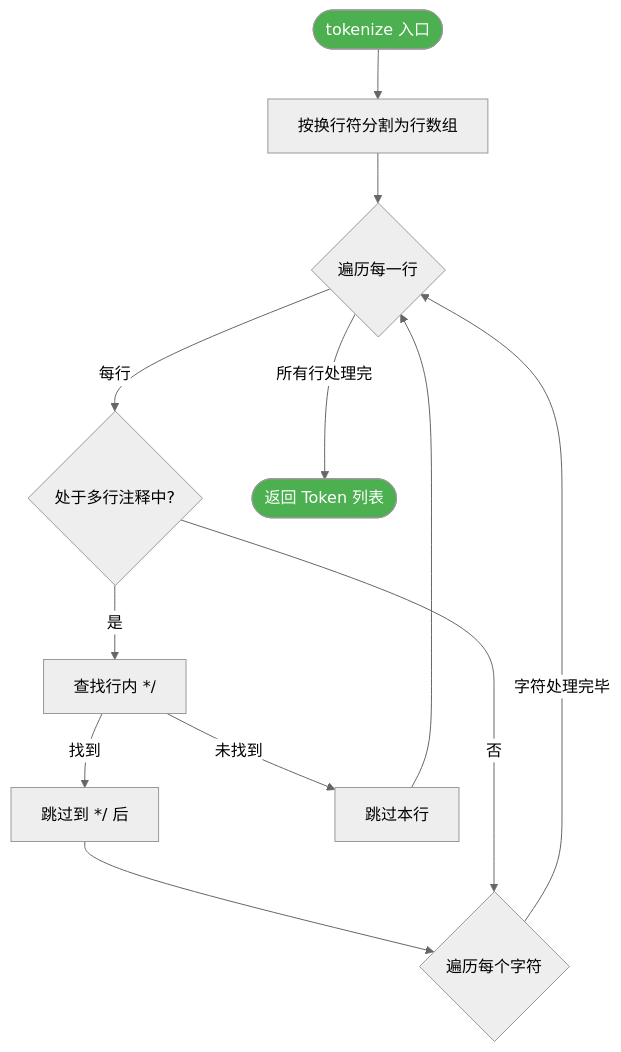
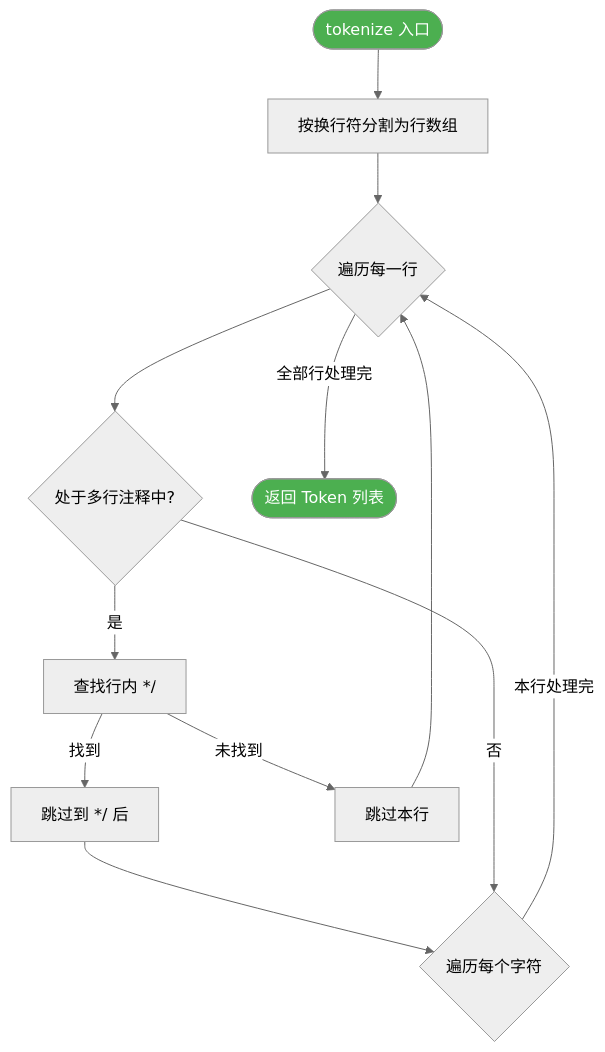
One commit to sayzwx/L--PL-0 changed the second of 10 diagrams in Docs/设计流程图.md. Above: the diagram before and after it, drawn with Mermaid (neutral theme). The commit also changed other lines of this file, not shown here.

Commit message:
恢复图片+修复流程图2.2编码和Loop引用

````diff
--- a/Docs/设计流程图.md
+++ b/Docs/设计流程图.md
@@ -46,18 +46,19 @@
 ```mermaid
 flowchart TD
     Start([tokenize 入口]) --> Lines[按换行符分割为行数组]
     Lines --> Loop{遍历每一行}
     
-    Loop -->|每行| InBlock{处于多行注释中?}
+    Loop --> InBlock{处于多行注释中?}
     InBlock -->|是| FindEnd[查找行内 */]
-    FindEnd -->|找到| Skip[跳过到 */ 后] --> ColLoop
-    FindEnd -->|未找到| ContinueLoop[跳过本行] --> Loop
+    FindEnd -->|找到| Skip[跳过到 */ 后]
+    Skip --> ColLoop
+    FindEnd -->|未找到| ContinueLoop[跳过本行]
+    ContinueLoop --> Loop
     
     InBlock -->|否| ColLoop{遍历每个字符}
-
-    ColLoop -->|字符处理完毕| Loop
-    Loop -->|所有行处理完| Return([返回 Token 列表])
+    ColLoop -->|本行处理完| Loop
+    Loop -->|全部行处理完| Return([返回 Token 列表])
 
     style Start fill:#4CAF50,color:#fff
     style Return fill:#4CAF50,color:#fff
 ```
````
